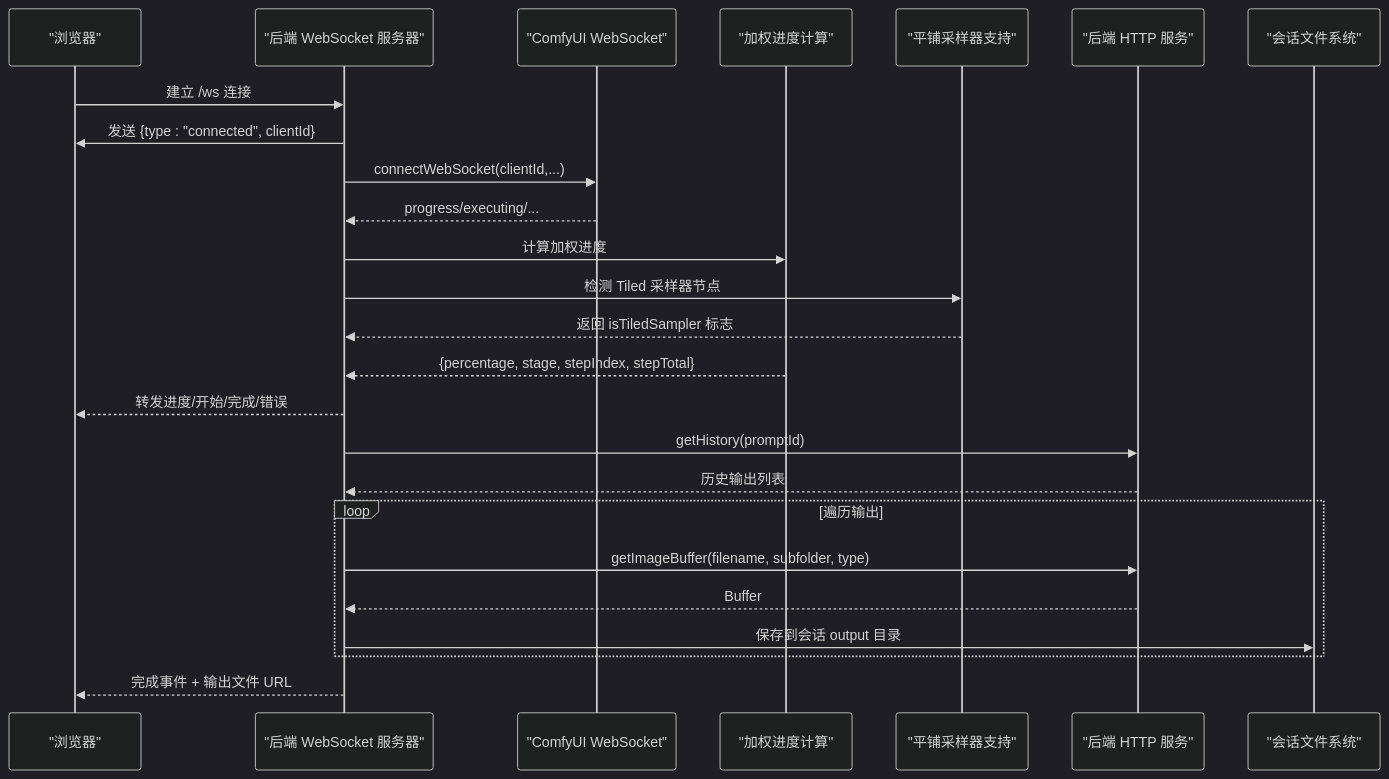
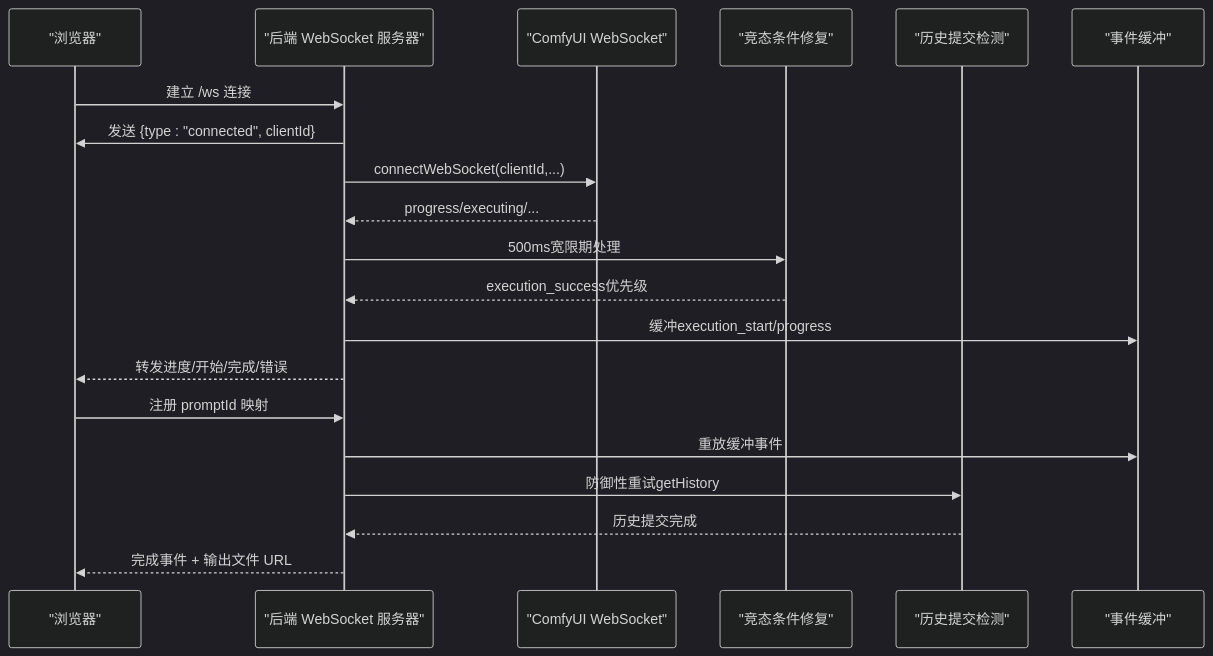
The second of 7 diagrams in .qoder/repowiki/zh/content/后端服务/ComfyUI 集成.md (billye220670/CorineKit_Pix2Real), drawn with Mermaid (dark theme) before and after one commit. The commit also changed other lines of this file and 11 other files, not shown here.

````diff
--- a/.qoder/repowiki/zh/content/后端服务/ComfyUI 集成.md
+++ b/.qoder/repowiki/zh/content/后端服务/ComfyUI 集成.md
@@ -146,27 +166,22 @@
 ```mermaid
 sequenceDiagram
 participant Browser as "浏览器"
 participant WS_Server as "后端 WebSocket 服务器"
 participant WS_Comfy as "ComfyUI WebSocket"
-participant Progress as "加权进度计算"
-participant Tiled as "平铺采样器支持"
-participant HTTP as "后端 HTTP 服务"
-participant FS as "会话文件系统"
+participant RaceFix as "竞态条件修复"
+participant HistoryCheck as "历史提交检测"
+participant EventBuffer as "事件缓冲"
 Browser->>WS_Server : 建立 /ws 连接
 WS_Server->>Browser : 发送 {type : "connected", clientId}
 WS_Server->>WS_Comfy : connectWebSocket(clientId,...)
 WS_Comfy-->>WS_Server : progress/executing/...
-WS_Server->>Progress : 计算加权进度
-WS_Server->>Tiled : 检测 Tiled 采样器节点
-Tiled-->>WS_Server : 返回 isTiledSampler 标志
-Progress-->>WS_Server : {percentage, stage, stepIndex, stepTotal}
+WS_Server->>RaceFix : 500ms宽限期处理
+RaceFix-->>WS_Server : execution_success优先级
+WS_Server->>EventBuffer : 缓冲execution_start/progress
 WS_Server-->>Browser : 转发进度/开始/完成/错误
-WS_Server->>HTTP : getHistory(promptId)
-HTTP-->>WS_Server : 历史输出列表
-loop 遍历输出
-WS_Server->>HTTP : getImageBuffer(filename, subfolder, type)
-HTTP-->>WS_Server : Buffer
-WS_Server->>FS : 保存到会话 output 目录
-end
+Browser->>WS_Server : 注册 promptId 映射
+WS_Server->>EventBuffer : 重放缓冲事件
+WS_Server->>HistoryCheck : 防御性重试getHistory
+HistoryCheck-->>WS_Server : 历史提交完成
 WS_Server-->>Browser : 完成事件 + 输出文件 URL
 ```
````
